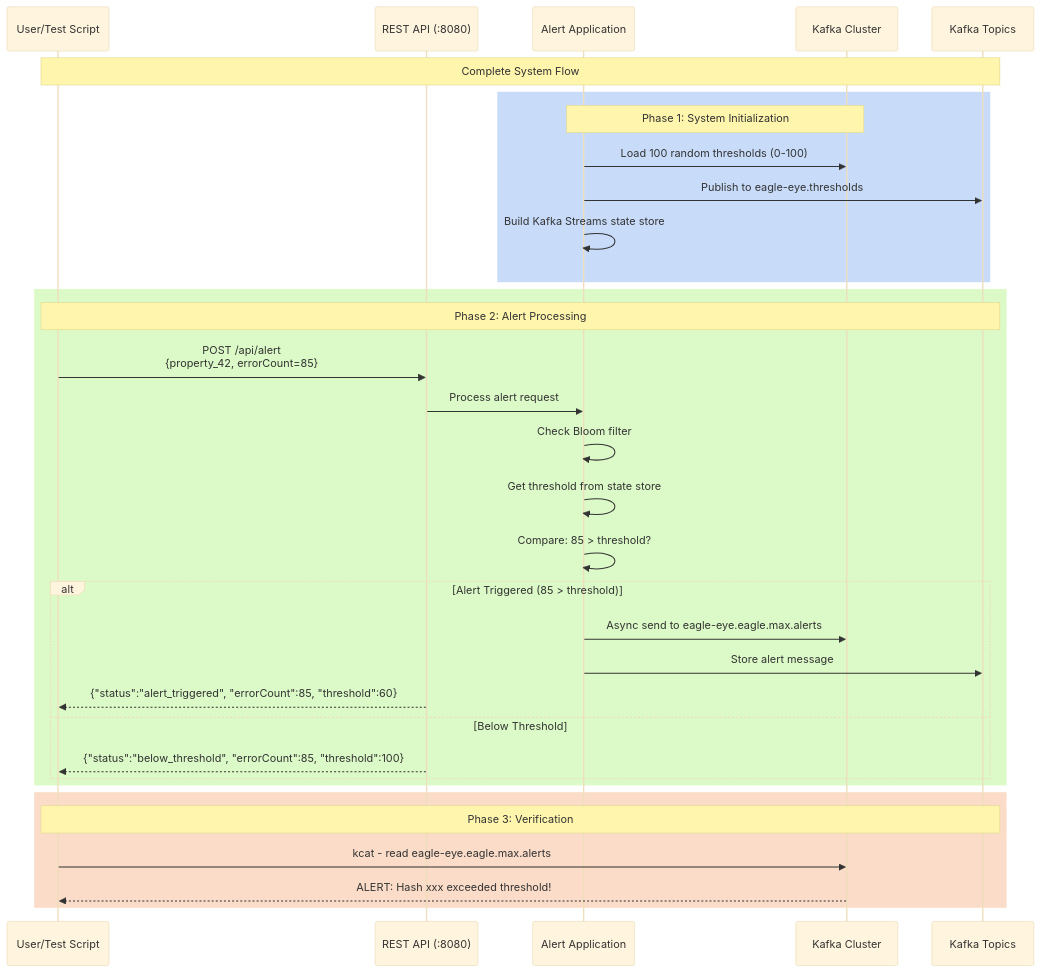
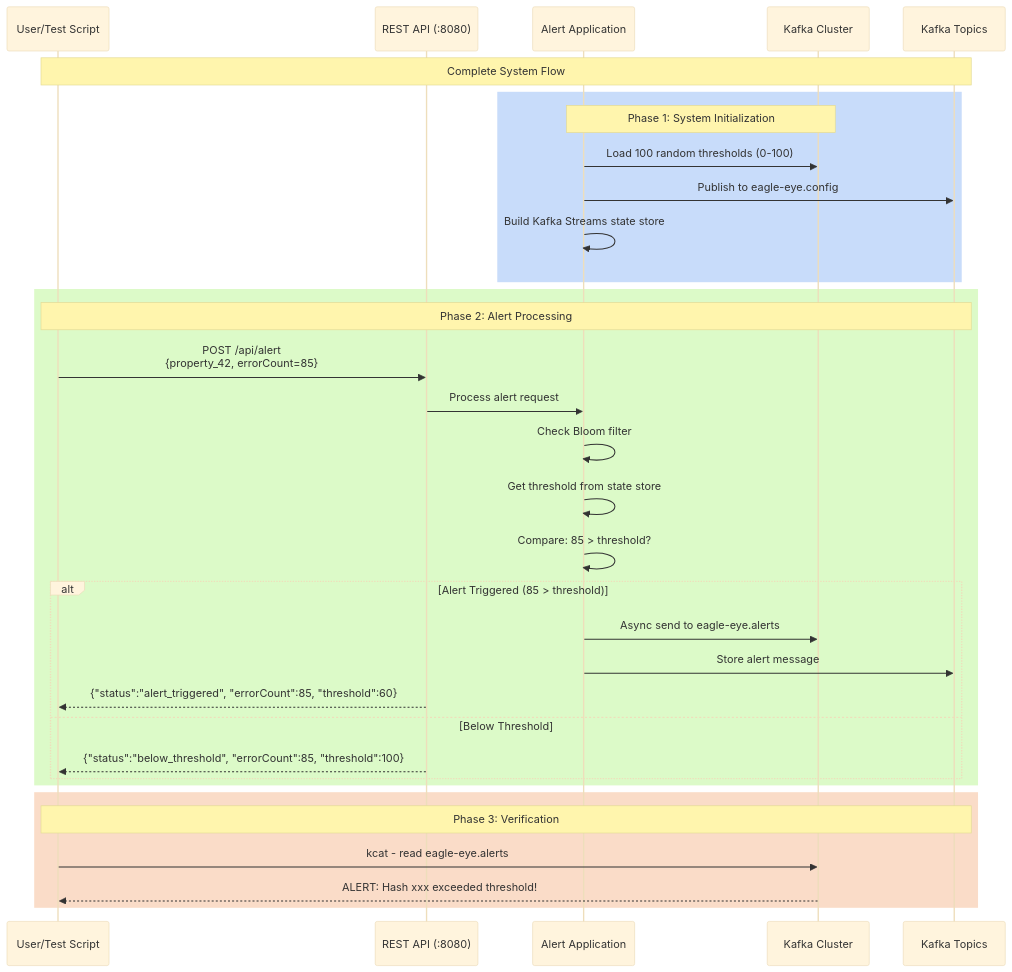
Before and after one commit to red2n/alerts: the fifth of 5 diagrams in SYSTEM-FLOW.md, drawn with Mermaid (base theme). The commit also changed other lines of this file and 8 other files, not shown here.

Commit message:
feat: Update documentation and scripts to reflect changes in Kafka topics from eagle-eye.thresholds and eagle-eye.eagle.max.alerts to eagle-eye.config and eagle-eye.alerts

````diff
--- a/SYSTEM-FLOW.md
+++ b/SYSTEM-FLOW.md
@@ -145,40 +251,40 @@
 ```mermaid
 sequenceDiagram
     participant User as User/Test Script
     participant API as REST API (:8080)
     participant App as Alert Application
     participant Kafka as Kafka Cluster
     participant Topics as Kafka Topics
 
     Note over User,Topics: Complete System Flow
 
     rect rgb(200, 220, 250)
         Note over App,Kafka: Phase 1: System Initialization
         App->>Kafka: Load 100 random thresholds (0-100)
-        App->>Topics: Publish to eagle-eye.thresholds
+        App->>Topics: Publish to eagle-eye.config
         App->>App: Build Kafka Streams state store
     end
 
     rect rgb(220, 250, 200)
         Note over User,Topics: Phase 2: Alert Processing
         User->>API: POST /api/alert<br/>{property_42, errorCount=85}
         API->>App: Process alert request
         App->>App: Check Bloom filter
         App->>App: Get threshold from state store
         App->>App: Compare: 85 > threshold?
 
         alt Alert Triggered (85 > threshold)
-            App->>Kafka: Async send to eagle-eye.eagle.max.alerts
+            App->>Kafka: Async send to eagle-eye.alerts
             App->>Topics: Store alert message
             API-->>User: {"status":"alert_triggered", "errorCount":85, "threshold":60}
         else Below Threshold
             API-->>User: {"status":"below_threshold", "errorCount":85, "threshold":100}
         end
     end
 
     rect rgb(250, 220, 200)
         Note over User,Topics: Phase 3: Verification
-        User->>Kafka: kcat - read eagle-eye.eagle.max.alerts
+        User->>Kafka: kcat - read eagle-eye.alerts
         Kafka-->>User: ALERT: Hash xxx exceeded threshold!
     end
 ```
````
